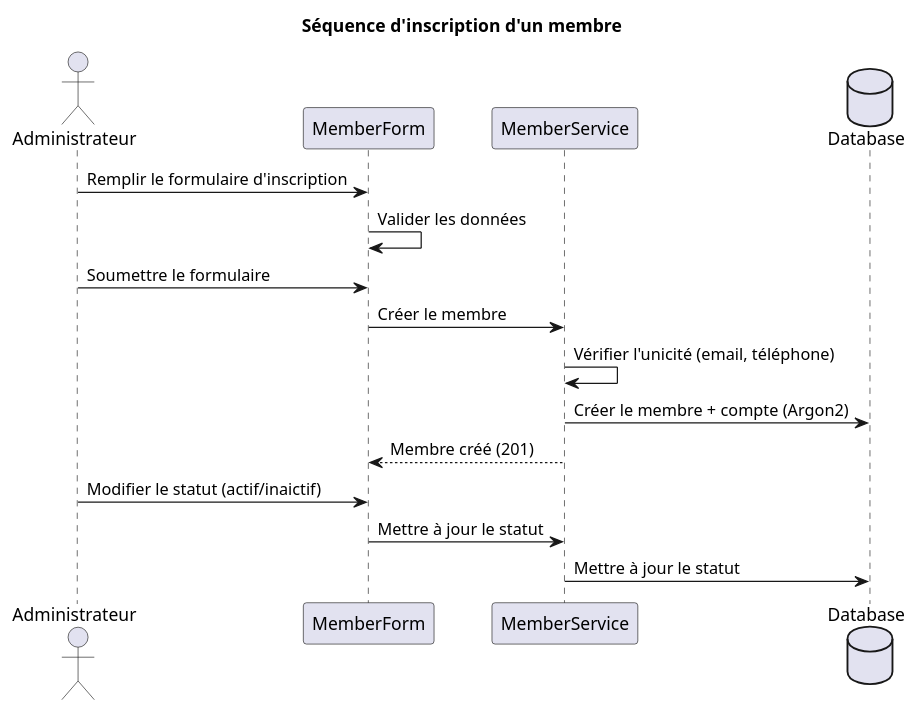
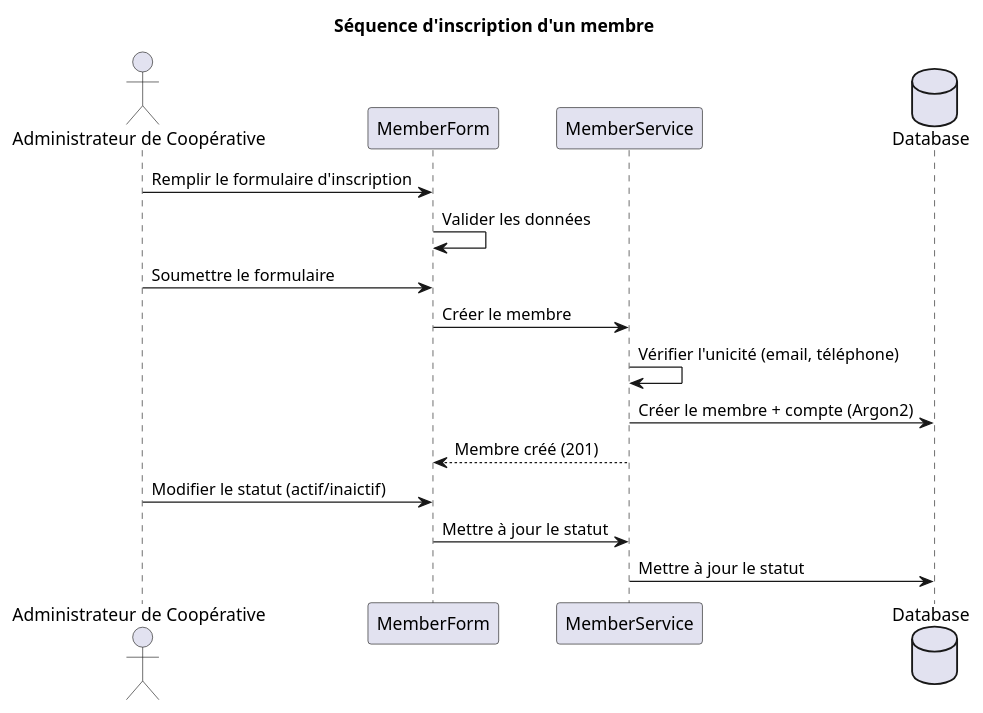
Before and after one commit to louvinx/sysgeca_documentation: the diagram in puml/figure33_sequence_inscription_gestion_membres.puml, drawn with PlantUML. The commit also changed 24 other files, not shown here.

```diff
--- a/puml/figure33_sequence_inscription_gestion_membres.puml
+++ b/puml/figure33_sequence_inscription_gestion_membres.puml
@@ -1,23 +1,23 @@
 @startuml
 title Séquence d'inscription d'un membre
 
 skinparam shadowing false
-actor "Administrateur" as admin
+actor "Administrateur de Coopérative" as admin
 participant "MemberForm" as page
 participant "MemberService" as service
 database "Database" as db
 
 admin -> page: Remplir le formulaire d'inscription
 page -> page: Valider les données
 
 admin -> page: Soumettre le formulaire
 page -> service: Créer le membre
 service -> service: Vérifier l'unicité (email, téléphone)
 service -> db: Créer le membre + compte (Argon2)
 service --> page: Membre créé (201)
 
 admin -> page: Modifier le statut (actif/inaictif)
 page -> service: Mettre à jour le statut
 service -> db: Mettre à jour le statut
 
 @enduml
```
